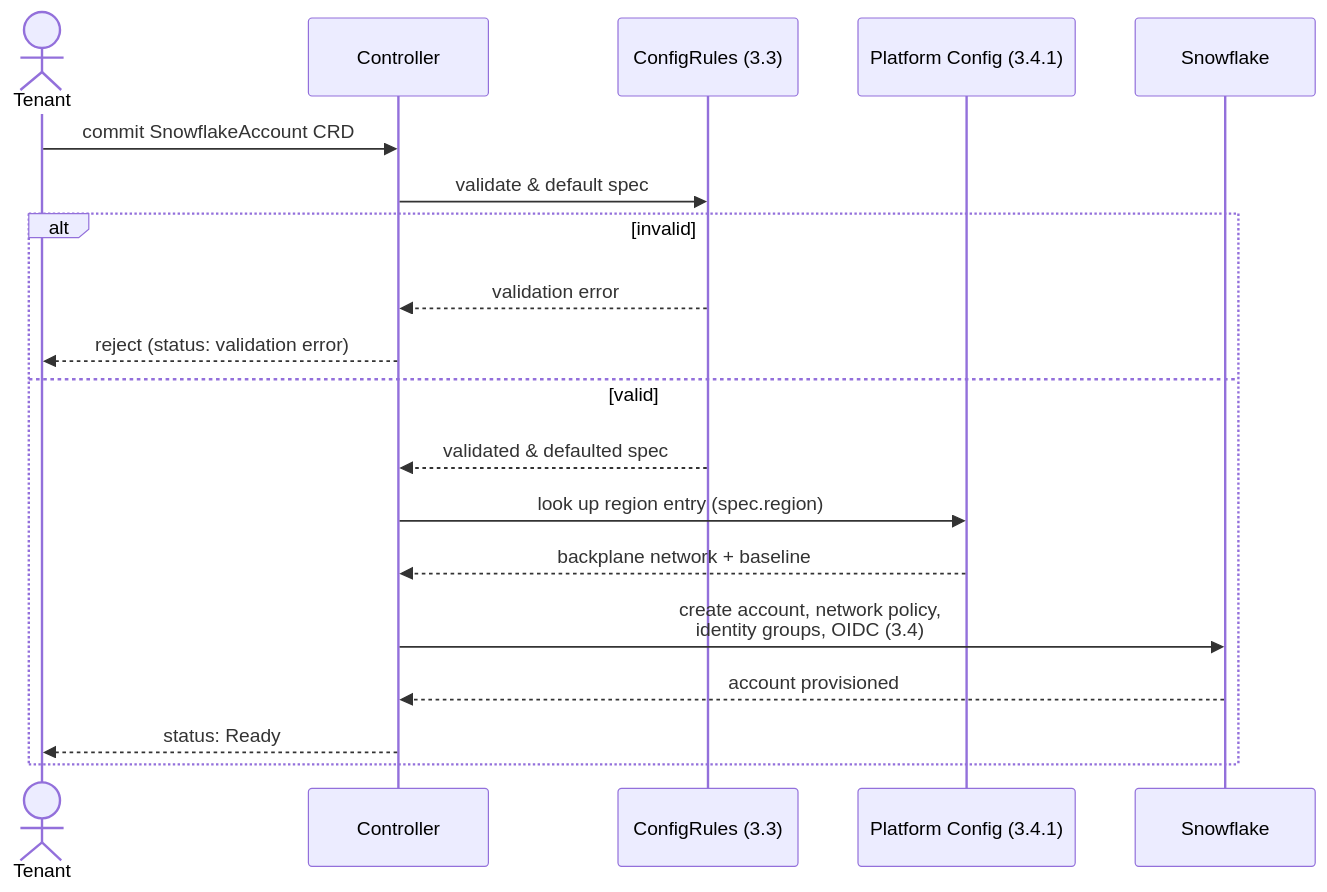
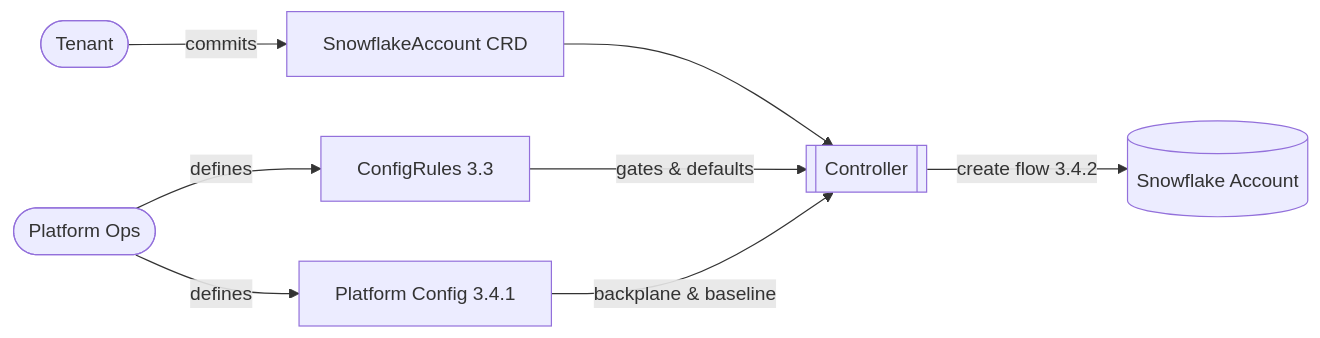
Before and after one commit to allianz/yukimi: the diagram in specs/design.md, drawn with Mermaid. The commit also changed other lines of this file, not shown here.

Commit message:
added mermaid

````diff
--- a/specs/design.md
+++ b/specs/design.md
@@ -152,22 +152,12 @@
 ```mermaid
-sequenceDiagram
-    actor Tenant
-    participant Controller
-    participant ConfigRules as ConfigRules (3.3)
-    participant PlatformConfig as Platform Config (3.4.1)
-    participant Snowflake
+flowchart LR
+    Tenant([Tenant]) -->|commits| CRD[SnowflakeAccount CRD]
+    Ops([Platform Ops]) -->|defines| ConfigRules[ConfigRules 3.3]
+    Ops -->|defines| PlatformConfig[Platform Config 3.4.1]
 
-    Tenant->>Controller: commit SnowflakeAccount CRD
-    Controller->>ConfigRules: validate & default spec
-    alt invalid
-        ConfigRules-->>Controller: validation error
-        Controller-->>Tenant: reject (status: validation error)
-    else valid
-        ConfigRules-->>Controller: validated & defaulted spec
-        Controller->>PlatformConfig: look up region entry (spec.region)
-        PlatformConfig-->>Controller: backplane network + baseline
-        Controller->>Snowflake: create account, network policy,<br/>identity groups, OIDC (3.4)
-        Snowflake-->>Controller: account provisioned
-        Controller-->>Tenant: status: Ready
-    end
+    CRD --> Controller[[Controller]]
+    ConfigRules -->|gates & defaults| Controller
+    PlatformConfig -->|backplane & baseline| Controller
+
+    Controller -->|create flow 3.4.2| Snowflake[(Snowflake Account)]
 ```
````
